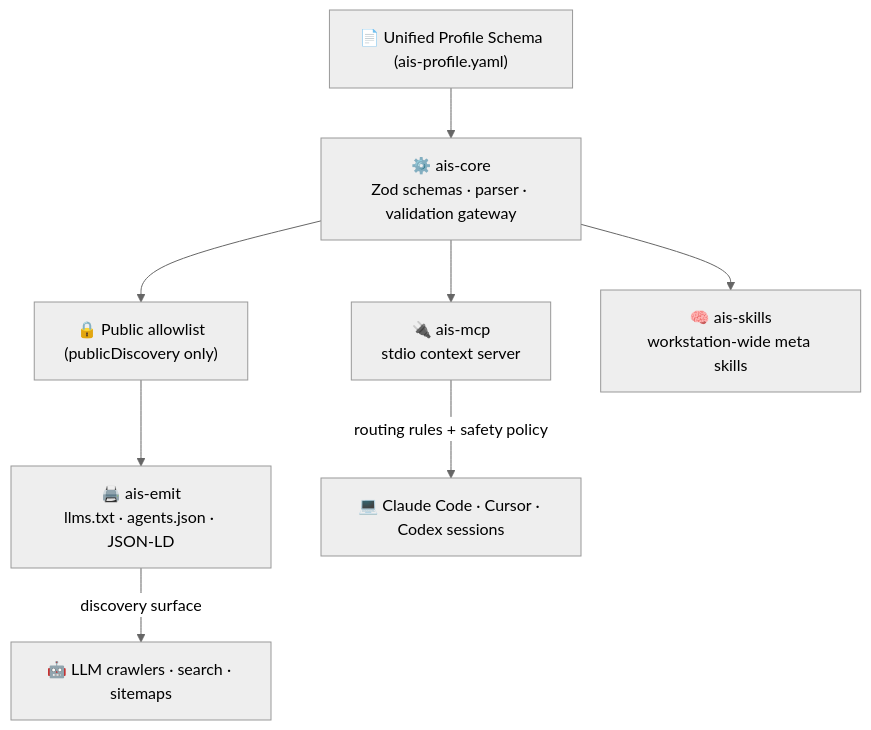
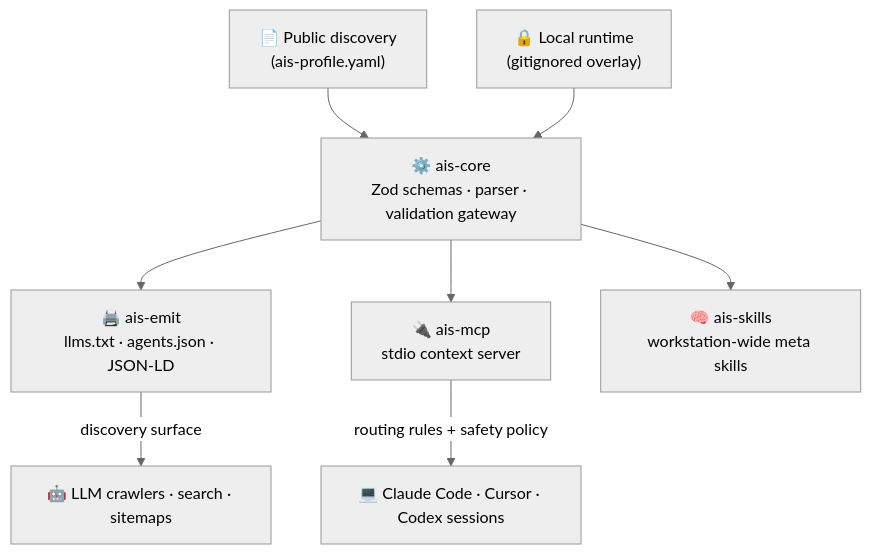
The diagram in README.md (frankxai/agentic-intelligence-system), drawn with Mermaid (neutral theme) before and after one commit. The commit also changed other lines of this file, not shown here.

Commit message:
docs: keep runtime routing local and provider-agnostic

````diff
--- a/README.md
+++ b/README.md
@@ -41,17 +41,17 @@
 ```mermaid
 flowchart TB
-    Profile["📄 Unified Profile Schema<br/>(ais-profile.yaml)"]
-    Public["🔒 Public allowlist<br/>(publicDiscovery only)"]
+    Profile["📄 Public discovery<br/>(ais-profile.yaml)"]
+    Runtime["🔒 Local runtime<br/>(gitignored overlay)"]
     Core["⚙️ ais-core<br/>Zod schemas · parser · validation gateway"]
     Emit["🖨️ ais-emit<br/>llms.txt · agents.json · JSON-LD"]
     MCP["🔌 ais-mcp<br/>stdio context server"]
     Skills["🧠 ais-skills<br/>workstation-wide meta skills"]
 
     Profile --> Core
-    Core --> Public
-    Public --> Emit
+    Core --> Emit
+    Runtime --> Core
     Core --> MCP
     Core --> Skills
     Emit -->|discovery surface| Bots["🤖 LLM crawlers · search · sitemaps"]
     MCP -->|routing rules + safety policy| Terminal["💻 Claude Code · Cursor · Codex sessions"]
 ```
````
